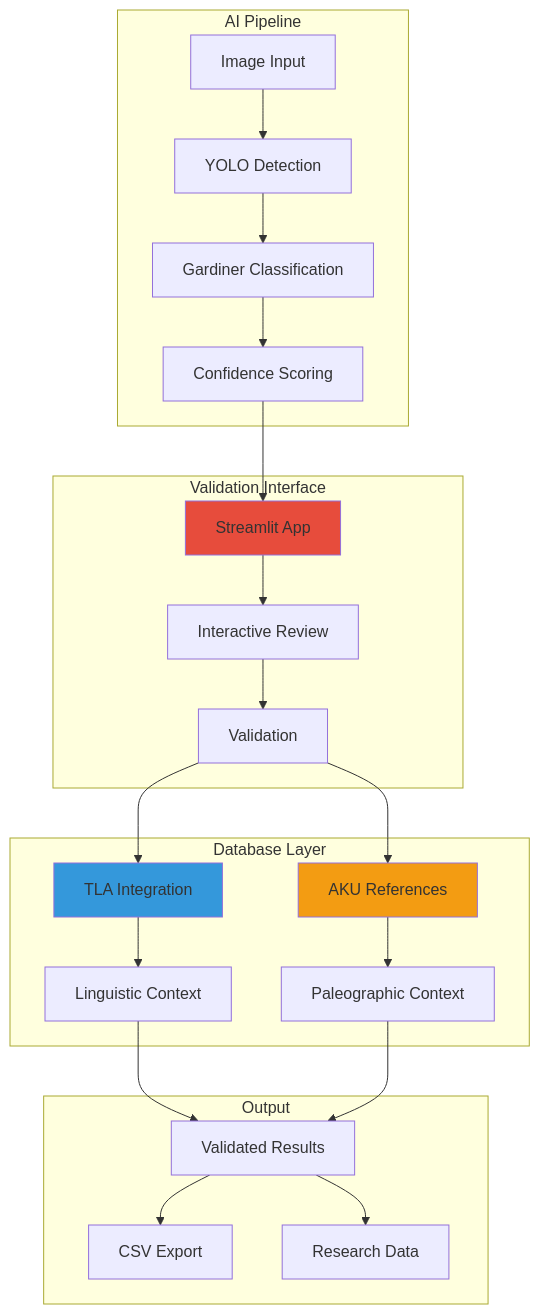
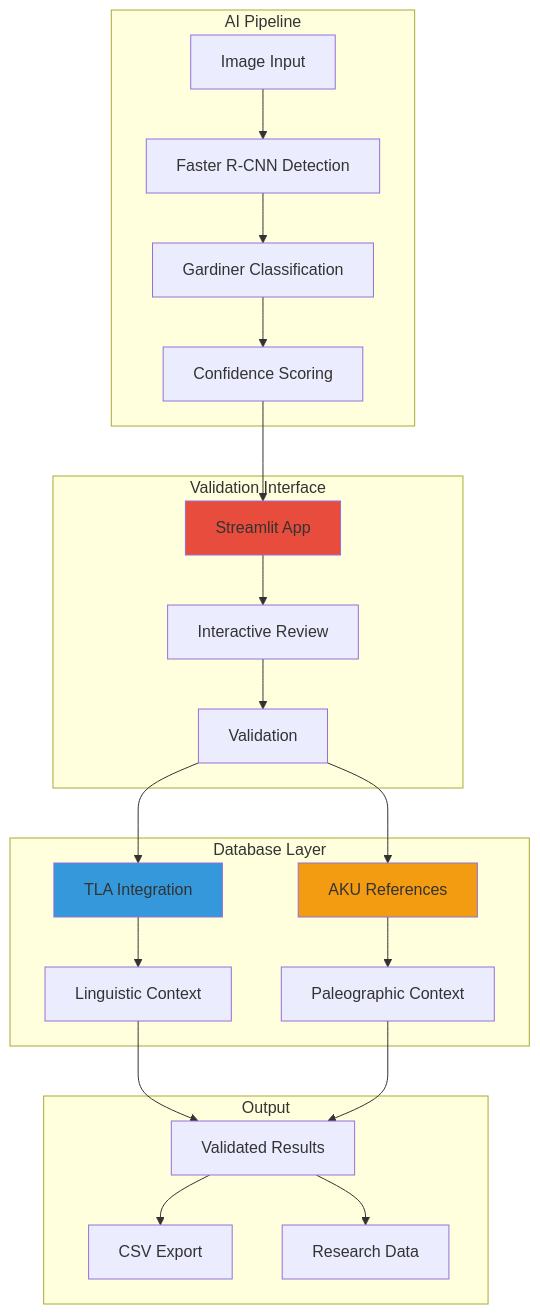
Before and after one commit to MargotBelot/HieraticAI: the fifth of 5 diagrams in README.md, drawn with Mermaid. The commit also changed other lines of this file and 2 other files, not shown here.

````diff
--- a/README.md
+++ b/README.md
@@ -365,32 +367,32 @@
 ```mermaid
 graph TB
     subgraph "AI Pipeline"
-        A[Image Input] --> B[YOLO Detection]
+        A[Image Input] --> B[Faster R-CNN Detection]
         B --> C[Gardiner Classification]
         C --> D[Confidence Scoring]
     end
     
     subgraph "Validation Interface"
         D --> E[Streamlit App]
         E --> F[Interactive Review]
         F --> G[Validation]
     end
     
     subgraph "Database Layer"
         G --> H[TLA Integration]
         G --> I[AKU References]
         H --> J[Linguistic Context]
         I --> K[Paleographic Context]
     end
     
     subgraph "Output"
         J --> L[Validated Results]
         K --> L
         L --> M[CSV Export]
         L --> N[Research Data]
     end
     
     style E fill:#e74c3c
     style H fill:#3498db
     style I fill:#f39c12
 ```
````
